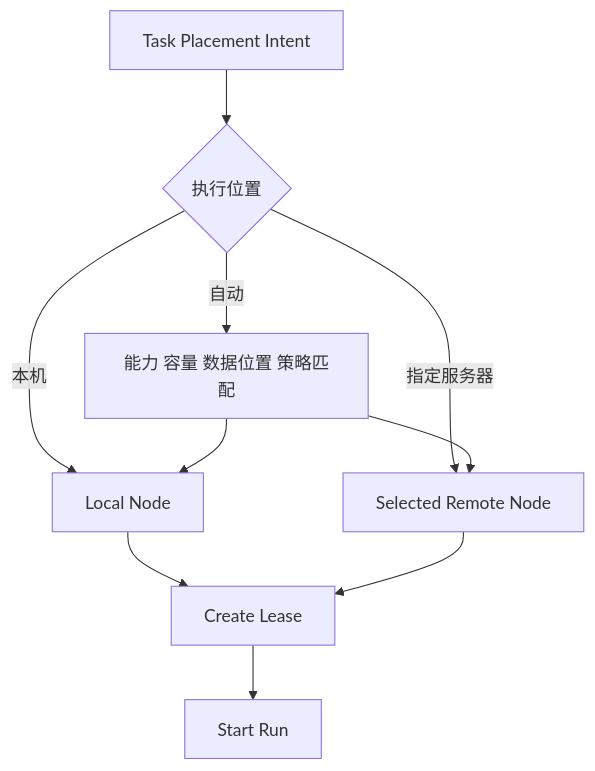
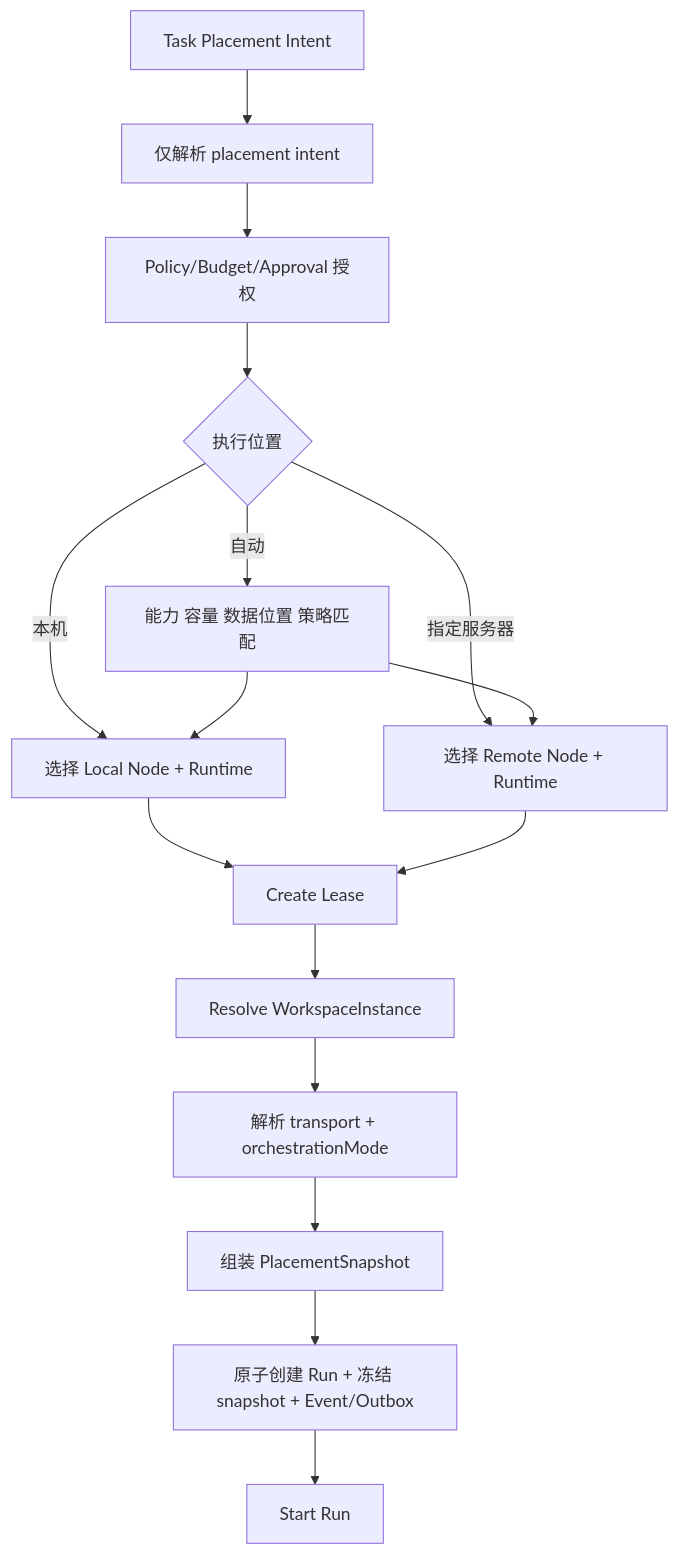
The third of 10 diagrams in docs/product-ui/02-core-user-flows.md (nicechencs/workforce), drawn with Mermaid before and after one commit. The commit also changed other lines of this file and 29 other files, not shown here.

First line of the commit message:
docs: align D15-D18 contracts, flows, and docs checks

````diff
--- a/docs/product-ui/02-core-user-flows.md
+++ b/docs/product-ui/02-core-user-flows.md
@@ -55,12 +90,18 @@
 ```mermaid
 flowchart TD
-  Task[Task Placement Intent] --> Mode{执行位置}
-  Mode -->|本机| Local[Local Node]
-  Mode -->|指定服务器| Remote[Selected Remote Node]
+  Task[Task Placement Intent] --> ResolveIntent[仅解析 placement intent]
+  ResolveIntent --> Policy[Policy/Budget/Approval 授权]
+  Policy --> Mode{执行位置}
+  Mode -->|本机| Local[选择 Local Node + Runtime]
+  Mode -->|指定服务器| Remote[选择 Remote Node + Runtime]
   Mode -->|自动| Select[能力 容量 数据位置 策略匹配]
   Select --> Local
   Select --> Remote
   Local --> Lease[Create Lease]
   Remote --> Lease
-  Lease --> Run[Start Run]
+  Lease --> Workspace[Resolve WorkspaceInstance]
+  Workspace --> ResolveAxes[解析 transport + orchestrationMode]
+  ResolveAxes --> Binding[组装 PlacementSnapshot]
+  Binding --> Snapshot[原子创建 Run + 冻结 snapshot + Event/Outbox]
+  Snapshot --> Run[Start Run]
 ```
````
